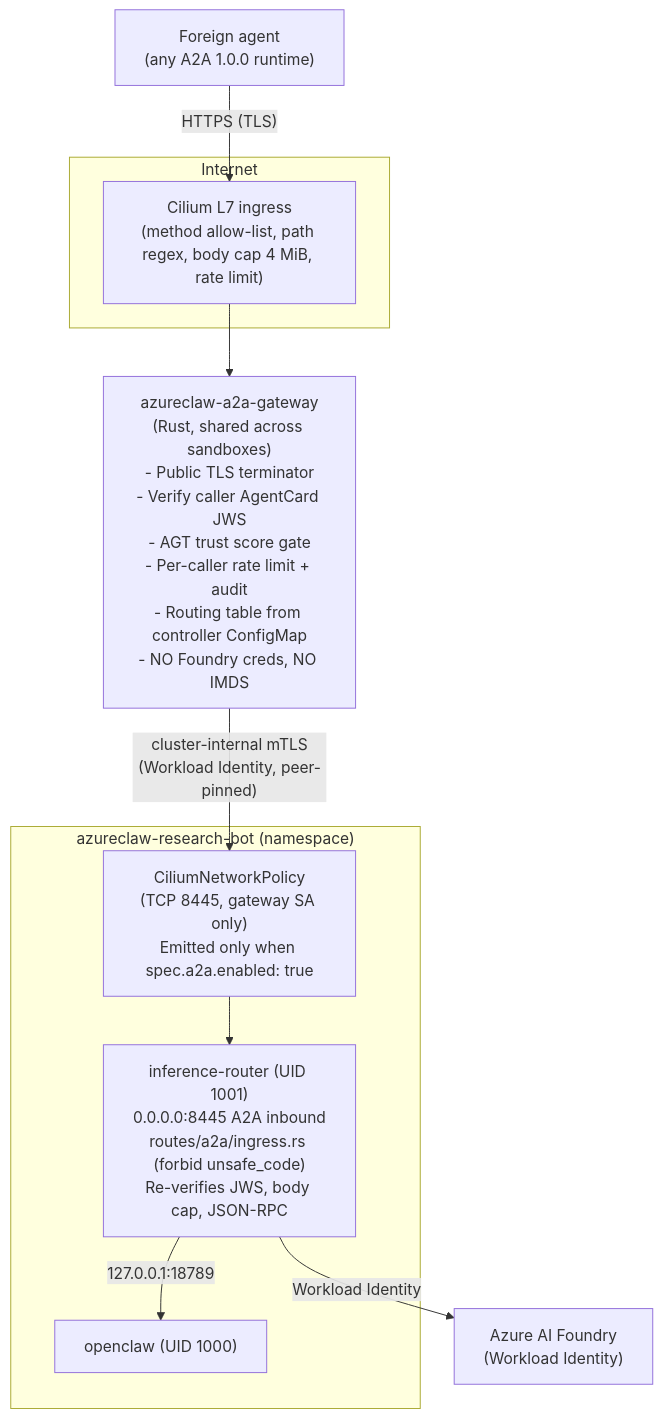
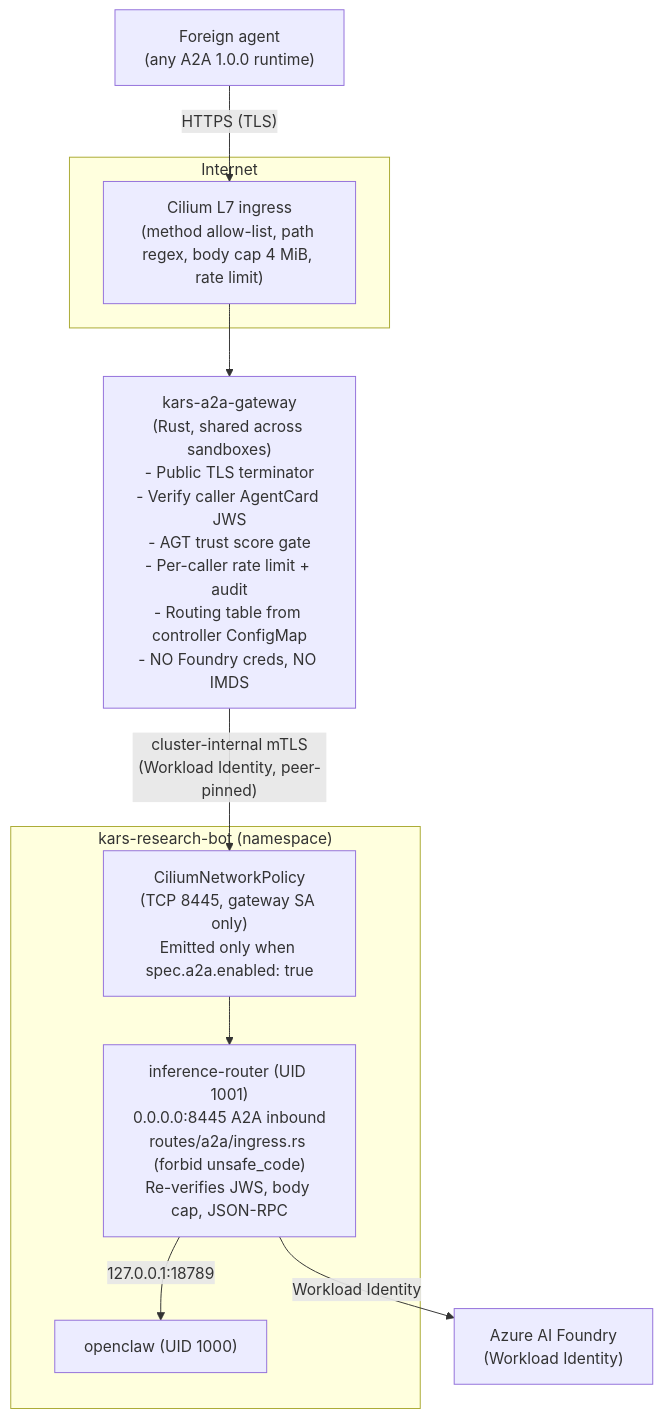
One commit to lachie83/kars changed the fifth of 6 diagrams in docs/use-cases.md. Above: the diagram before and after it, drawn with Mermaid. The commit also changed other lines of this file and 694 other files, not shown here.

First line of the commit message:
chore(rebrand): rename project to Kars — Agent Reference Stack for Kubernetes (#355)

````diff
--- a/docs/use-cases.md
+++ b/docs/use-cases.md
@@ -594,21 +594,21 @@
 ```mermaid
 graph TD
     Foreign["Foreign agent<br/>(any A2A 1.0.0 runtime)"]
     subgraph Internet
         TLS["Cilium L7 ingress<br/>(method allow-list, path regex, body cap 4 MiB, rate limit)"]
     end
-    GW["azureclaw-a2a-gateway<br/>(Rust, shared across sandboxes)<br/>- Public TLS terminator<br/>- Verify caller AgentCard JWS<br/>- AGT trust score gate<br/>- Per-caller rate limit + audit<br/>- Routing table from controller ConfigMap<br/>- NO Foundry creds, NO IMDS"]
-    subgraph NS["azureclaw-research-bot (namespace)"]
+    GW["kars-a2a-gateway<br/>(Rust, shared across sandboxes)<br/>- Public TLS terminator<br/>- Verify caller AgentCard JWS<br/>- AGT trust score gate<br/>- Per-caller rate limit + audit<br/>- Routing table from controller ConfigMap<br/>- NO Foundry creds, NO IMDS"]
+    subgraph NS["kars-research-bot (namespace)"]
         CNP["CiliumNetworkPolicy<br/>(TCP 8445, gateway SA only)<br/>Emitted only when spec.a2a.enabled: true"]
         IR["inference-router (UID 1001)<br/>0.0.0.0:8445 A2A inbound<br/>routes/a2a/ingress.rs (forbid unsafe_code)<br/>Re-verifies JWS, body cap, JSON-RPC"]
         OC["openclaw (UID 1000)"]
     end
     Foundry["Azure AI Foundry<br/>(Workload Identity)"]
 
     Foreign -->|"HTTPS (TLS)"| TLS
     TLS --> GW
     GW -->|"cluster-internal mTLS<br/>(Workload Identity, peer-pinned)"| CNP
     CNP --> IR
     IR -->|"127.0.0.1:18789"| OC
     IR -->|Workload Identity| Foundry
 ```
````
